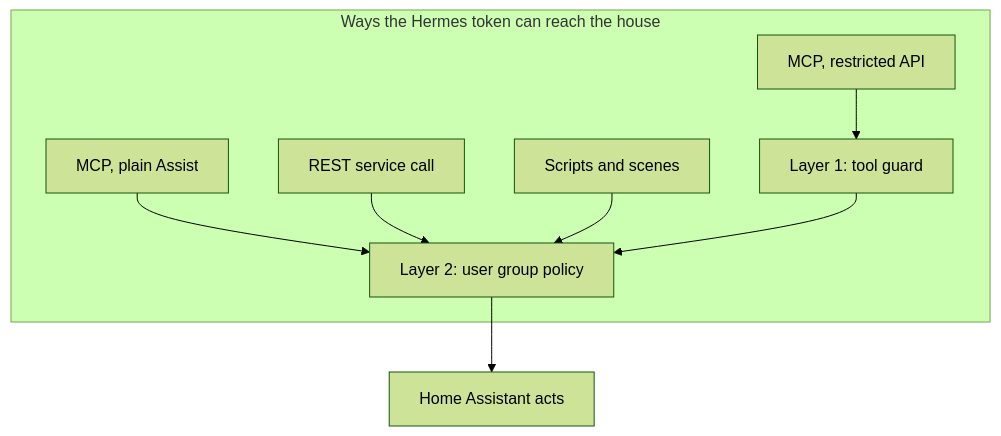
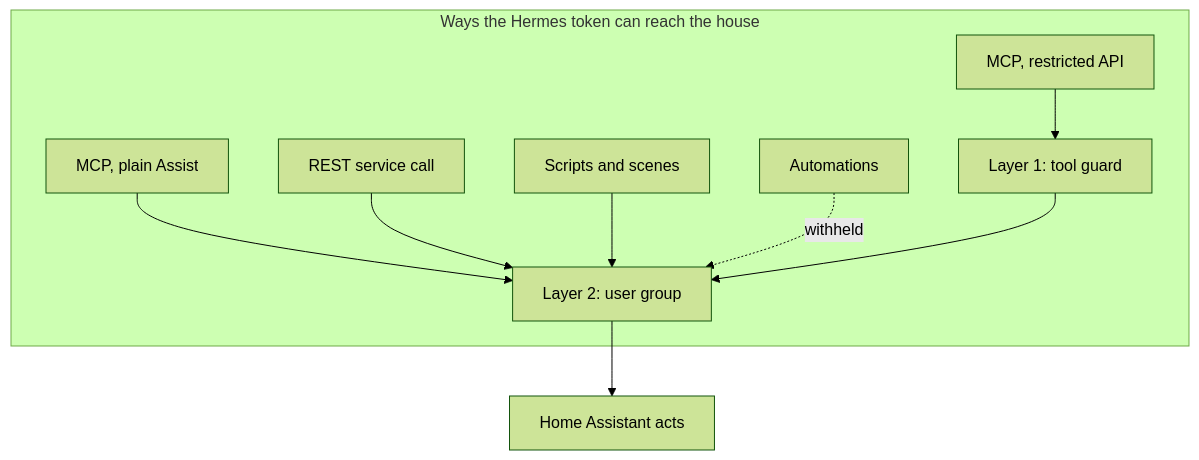
Before and after one commit to mniehe/hermes-conversation: the second of 2 diagrams in README.md, drawn with Mermaid (forest theme). The commit also changed other lines of this file, not shown here.

````diff
--- a/README.md
+++ b/README.md
@@ -163,11 +163,12 @@
 ```mermaid
 flowchart TB
     subgraph routes["Ways the Hermes token can reach the house"]
         A[MCP, restricted API] --> G[Layer 1: tool guard]
         B[MCP, plain Assist] --> P
         C[REST service call] --> P
         D[Scripts and scenes] --> P
-        G --> P[Layer 2: user group policy]
+        E[Automations] -. withheld .-> P
+        G --> P[Layer 2: user group]
     end
     P --> HA[Home Assistant acts]
 ```
````
